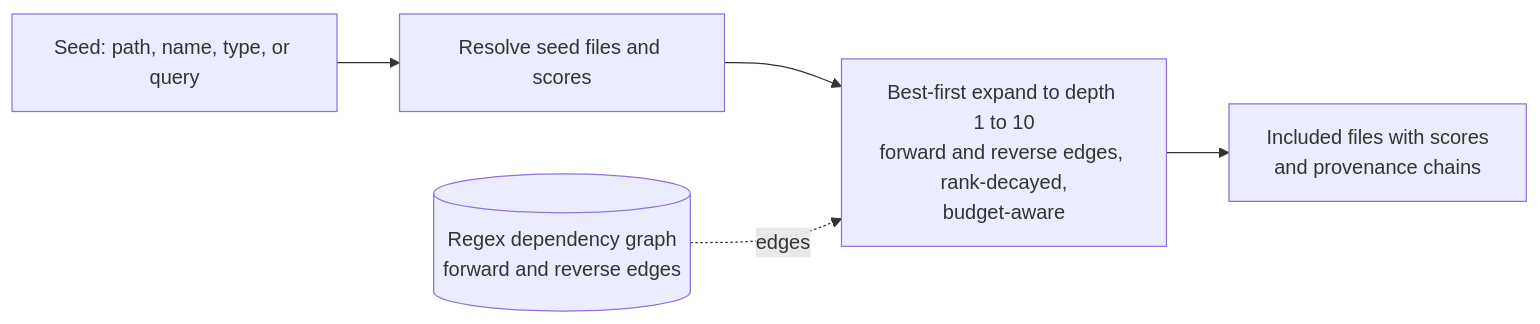
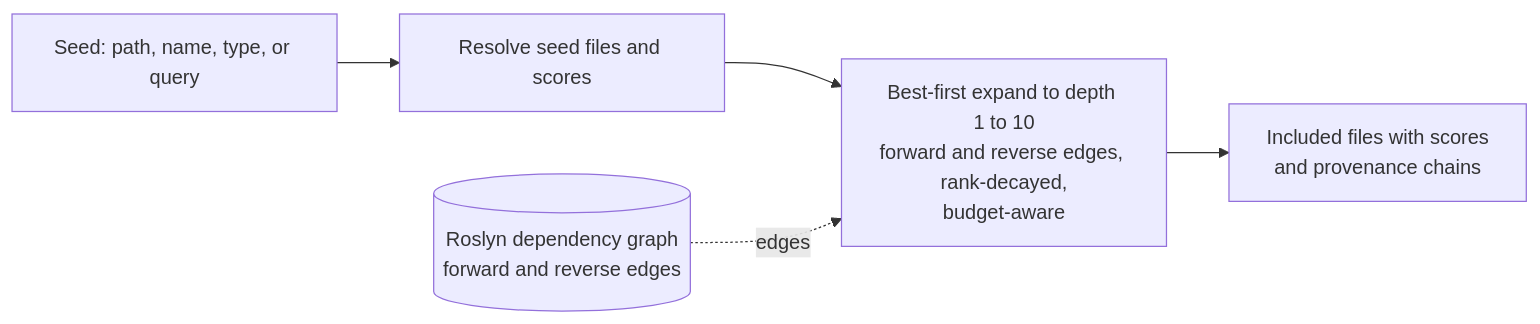
One commit to Litenova-Solutions/Fuse changed the diagram in site/content/docs/internals/scoping-internals.mdx. Above: the diagram before and after it, drawn with Mermaid. The commit also changed other lines of this file and 132 other files, not shown here.

````diff
--- a/site/content/docs/internals/scoping-internals.mdx
+++ b/site/content/docs/internals/scoping-internals.mdx
@@ -55,7 +53,7 @@
 ```mermaid
 flowchart LR
     A[Seed: path, name, type, or query] --> B[Resolve seed files and scores]
     B --> C[Best-first expand to depth 1 to 10<br/>forward and reverse edges, rank-decayed,<br/>budget-aware]
     C --> D[Included files with scores<br/>and provenance chains]
-    G[(Regex dependency graph<br/>forward and reverse edges)] -.edges.-> C
+    G[(Roslyn dependency graph<br/>forward and reverse edges)] -.edges.-> C
 ```
````
